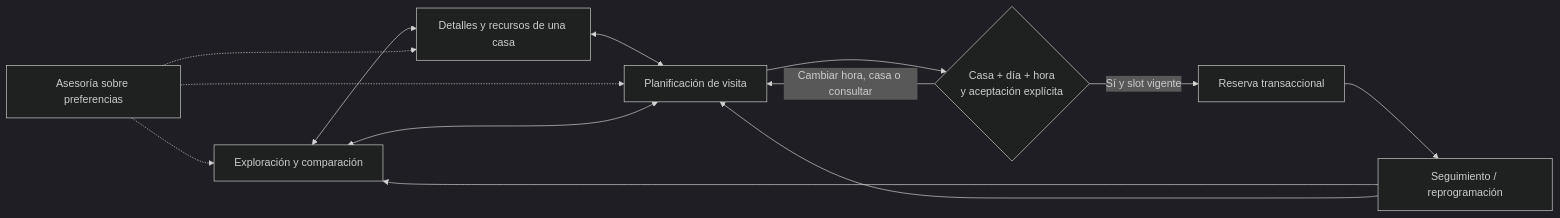
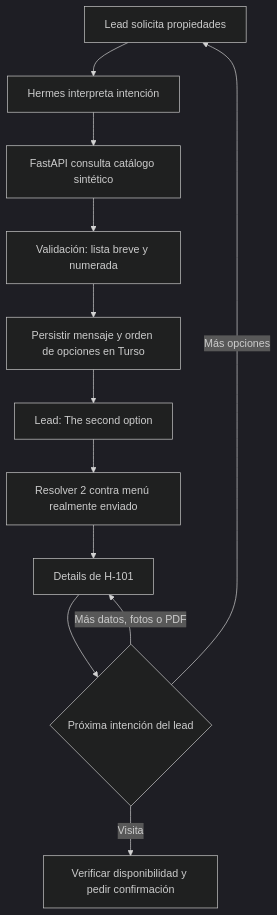
The diagram in README.md (jorgektch/testing-hermes-agent), drawn with Mermaid (dark theme) before and after one commit. The commit also changed other lines of this file and 13 other files, not shown here.

Commit message:
fix(hermes): integrate property option selection and compact SMS listings

````diff
--- a/README.md
+++ b/README.md
@@ -37,15 +7,14 @@
 ```mermaid
-flowchart LR
-    E[Exploración y comparación] <--> D[Detalles y recursos de una casa]
-    D <--> V[Planificación de visita]
-    V <--> E
-    V --> C{Casa + día + hora\ny aceptación explícita}
-    C -->|Sí y slot vigente| B[Reserva transaccional]
-    C -->|Cambiar hora, casa o consultar| V
-    B --> S[Seguimiento / reprogramación]
-    S --> E
-    S --> V
-    P[Asesoría sobre preferencias] -.-> E
-    P -.-> D
-    P -.-> V
+flowchart TD
+    A[Lead solicita propiedades] --> B[Hermes interpreta intención]
+    B --> C[FastAPI consulta catálogo sintético]
+    C --> D[Validación: lista breve y numerada]
+    D --> E[Persistir mensaje y orden de opciones en Turso]
+    E --> F[Lead: The second option]
+    F --> G[Resolver 2 contra menú realmente enviado]
+    G --> H[Details de H-101]
+    H --> I{Próxima intención del lead}
+    I -->|Más datos, fotos o PDF| H
+    I -->|Más opciones| A
+    I -->|Visita| J[Verificar disponibilidad y pedir confirmación]
 ```
````
